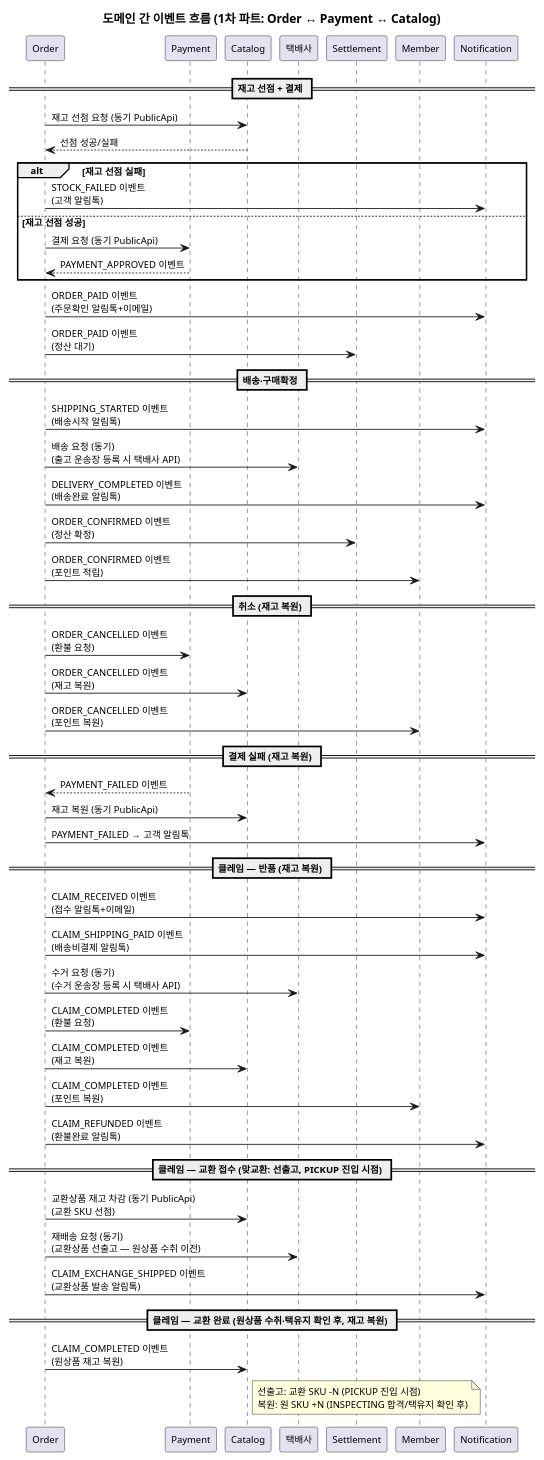
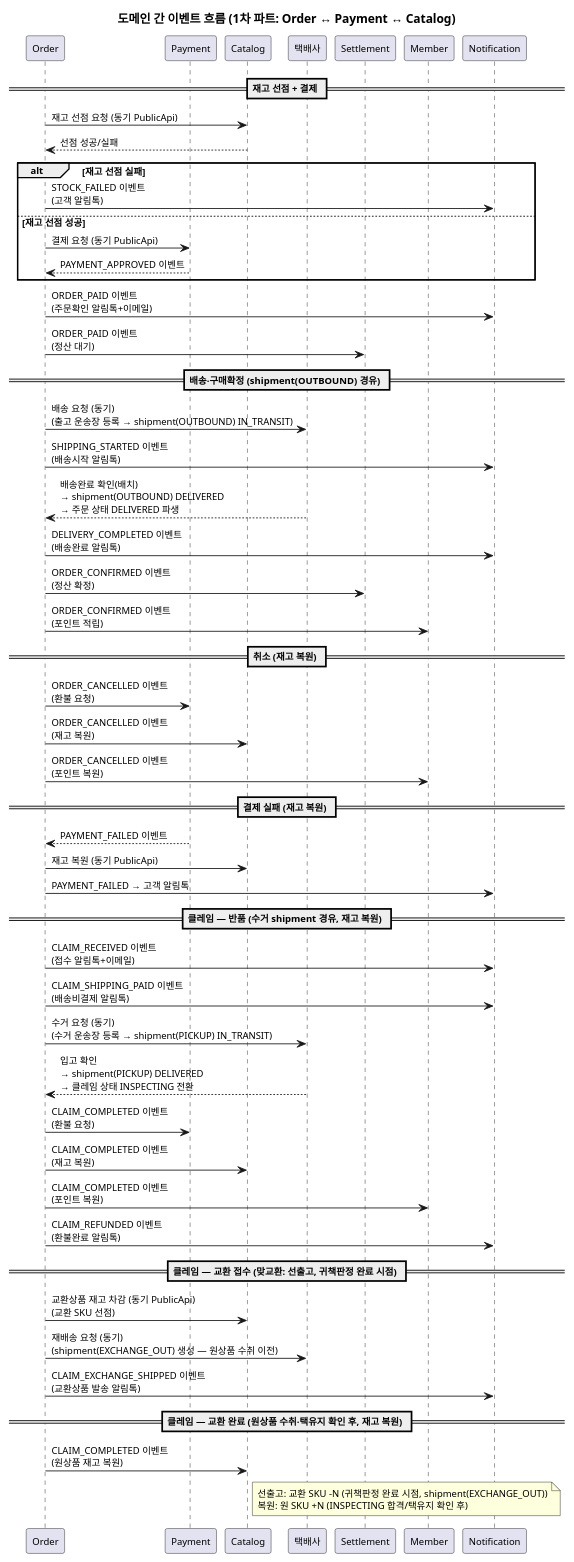
The diagram in docs/자산화-단계별/S2-구조설계/12-이벤트플로우.md (parknahyun/runNShop), drawn with PlantUML before and after one commit. The commit also changed other lines of this file and 14 other files, not shown here.

````diff
--- a/docs/자산화-단계별/S2-구조설계/12-이벤트플로우.md
+++ b/docs/자산화-단계별/S2-구조설계/12-이벤트플로우.md
@@ -50,65 +51,67 @@
 ```plantuml
 @startuml
 skinparam backgroundColor transparent
 skinparam defaultFontSize 11
 title 도메인 간 이벤트 흐름 (1차 파트: Order ↔ Payment ↔ Catalog)
 
 participant Order as ORD
 participant Payment as PAY
 participant Catalog as CAT
 participant "택배사" as Delivery
 participant Settlement as STL
 participant Member as MEM
 participant Notification as NTF
 
 == 재고 선점 + 결제 ==
 ORD -> CAT : 재고 선점 요청 (동기 PublicApi)
 CAT --> ORD : 선점 성공/실패
 
 alt 재고 선점 실패
   ORD -> NTF : STOCK_FAILED 이벤트\n(고객 알림톡)
 else 재고 선점 성공
   ORD -> PAY : 결제 요청 (동기 PublicApi)
   PAY --> ORD : PAYMENT_APPROVED 이벤트
 end
 
 ORD -> NTF : ORDER_PAID 이벤트\n(주문확인 알림톡+이메일)
 ORD -> STL : ORDER_PAID 이벤트\n(정산 대기)
 
-== 배송·구매확정 ==
+== 배송·구매확정 (shipment(OUTBOUND) 경유) ==
+ORD -> Delivery : 배송 요청 (동기)\n(출고 운송장 등록 → shipment(OUTBOUND) IN_TRANSIT)
 ORD -> NTF : SHIPPING_STARTED 이벤트\n(배송시작 알림톡)
-ORD -> Delivery : 배송 요청 (동기)\n(출고 운송장 등록 시 택배사 API)
+Delivery --> ORD : 배송완료 확인(배치)\n→ shipment(OUTBOUND) DELIVERED\n→ 주문 상태 DELIVERED 파생
 ORD -> NTF : DELIVERY_COMPLETED 이벤트\n(배송완료 알림톡)
 ORD -> STL : ORDER_CONFIRMED 이벤트\n(정산 확정)
 ORD -> MEM : ORDER_CONFIRMED 이벤트\n(포인트 적립)
 
 == 취소 (재고 복원) ==
 ORD -> PAY : ORDER_CANCELLED 이벤트\n(환불 요청)
 ORD -> CAT : ORDER_CANCELLED 이벤트\n(재고 복원)
 ORD -> MEM : ORDER_CANCELLED 이벤트\n(포인트 복원)
 
 == 결제 실패 (재고 복원) ==
 PAY --> ORD : PAYMENT_FAILED 이벤트
 ORD -> CAT : 재고 복원 (동기 PublicApi)
 ORD -> NTF : PAYMENT_FAILED → 고객 알림톡
 
-== 클레임 — 반품 (재고 복원) ==
+== 클레임 — 반품 (수거 shipment 경유, 재고 복원) ==
 ORD -> NTF : CLAIM_RECEIVED 이벤트\n(접수 알림톡+이메일)
 ORD -> NTF : CLAIM_SHIPPING_PAID 이벤트\n(배송비결제 알림톡)
-ORD -> Delivery : 수거 요청 (동기)\n(수거 운송장 등록 시 택배사 API)
+ORD -> Delivery : 수거 요청 (동기)\n(수거 운송장 등록 → shipment(PICKUP) IN_TRANSIT)
+Delivery --> ORD : 입고 확인\n→ shipment(PICKUP) DELIVERED\n→ 클레임 상태 INSPECTING 전환
 ORD -> PAY : CLAIM_COMPLETED 이벤트\n(환불 요청)
 ORD -> CAT : CLAIM_COMPLETED 이벤트\n(재고 복원)
 ORD -> MEM : CLAIM_COMPLETED 이벤트\n(포인트 복원)
 ORD -> NTF : CLAIM_REFUNDED 이벤트\n(환불완료 알림톡)
 
-== 클레임 — 교환 접수 (맞교환: 선출고, PICKUP 진입 시점) ==
+== 클레임 — 교환 접수 (맞교환: 선출고, 귀책판정 완료 시점) ==
 ORD -> CAT : 교환상품 재고 차감 (동기 PublicApi)\n(교환 SKU 선점)
-ORD -> Delivery : 재배송 요청 (동기)\n(교환상품 선출고 — 원상품 수취 이전)
+ORD -> Delivery : 재배송 요청 (동기)\n(shipment(EXCHANGE_OUT) 생성 — 원상품 수취 이전)
 ORD -> NTF : CLAIM_EXCHANGE_SHIPPED 이벤트\n(교환상품 발송 알림톡)
 
 == 클레임 — 교환 완료 (원상품 수취·택유지 확인 후, 재고 복원) ==
 ORD -> CAT : CLAIM_COMPLETED 이벤트\n(원상품 재고 복원)
-note right of CAT: 선출고: 교환 SKU -N (PICKUP 진입 시점)\n복원: 원 SKU +N (INSPECTING 합격/택유지 확인 후)
+note right of CAT: 선출고: 교환 SKU -N (귀책판정 완료 시점, shipment(EXCHANGE_OUT))\n복원: 원 SKU +N (INSPECTING 합격/택유지 확인 후)
 
 @enduml
 ```
````
